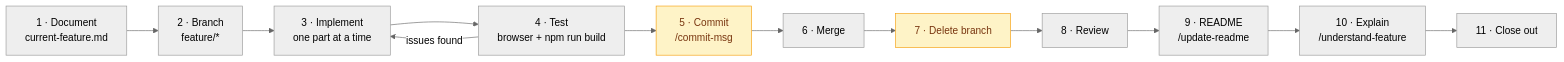
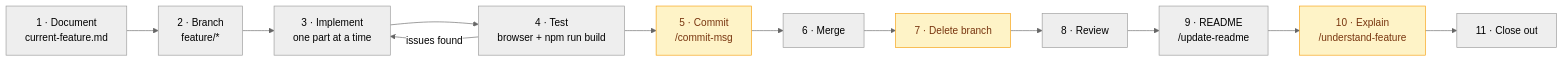
The third of 3 diagrams in README.md (raki-rankawat/next-reading-list-app), drawn with Mermaid (neutral theme) before and after one commit. The commit also changed other lines of this file and 2 other files, not shown here.

Commit message:
docs: correct the explain step and close out feature 05
- Rewords step 11 as a handoff: understand-feature sets
  disable-model-invocation, so it cannot be invoked from implement-feature
  and only runs when the user types it
- Marks that step amber in the workflow diagram to match
- Returns current-feature.md to Completed and records feature 05 in History

````diff
--- a/README.md
+++ b/README.md
@@ -125,17 +125,17 @@
 ```mermaid
 flowchart LR
     A["1 · Document<br/>current-feature.md"] --> B["2 · Branch<br/>feature/*"]
     B --> C["3 · Implement<br/>one part at a time"]
     C --> D["4 · Test<br/>browser + npm run build"]
     D -->|"issues found"| C
     D --> E["5 · Commit<br/>/commit-msg"]
     E --> F["6 · Merge"]
     F --> G["7 · Delete branch"]
     G --> H["8 · Review"]
     H --> I["9 · README<br/>/update-readme"]
     I --> J["10 · Explain<br/>/understand-feature"]
     J --> K["11 · Close out"]
 
     classDef gate fill:#fef3c7,stroke:#f59e0b,color:#78350f
-    class E,G gate
+    class E,G,J gate
 ```
````
